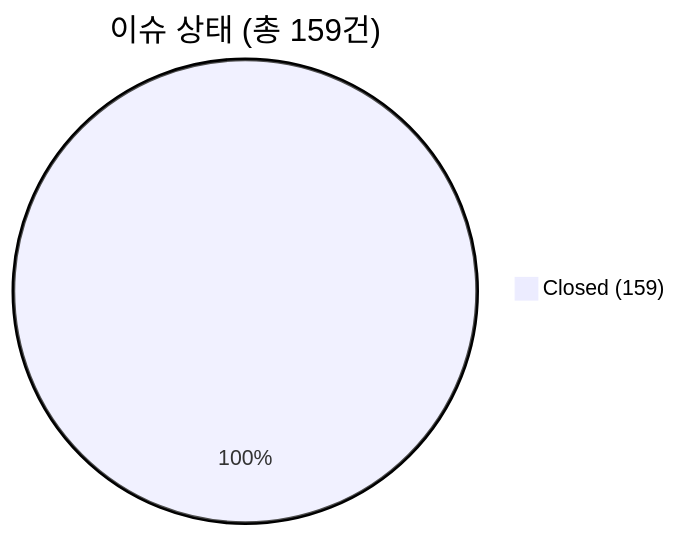
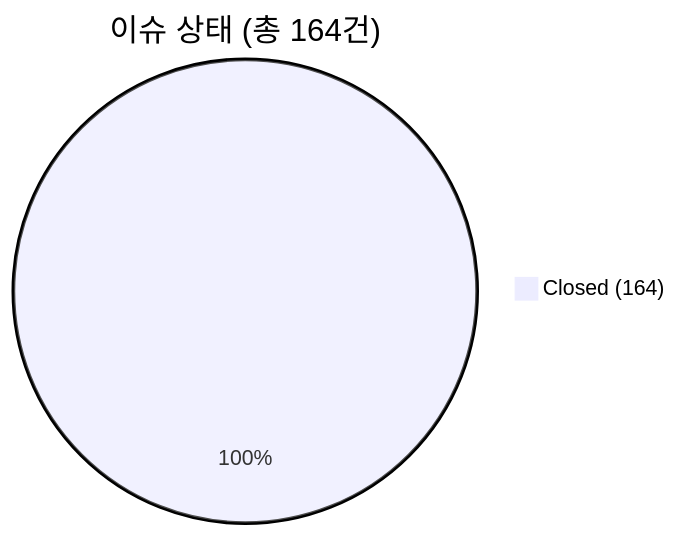
One commit to holee9/MD-process changed the first of 3 diagrams in README.md. Above: the diagram before and after it, drawn with Mermaid. The commit also changed other lines of this file, not shown here.

````diff
--- a/README.md
+++ b/README.md
@@ -131,4 +131,4 @@
 ```mermaid
-pie title 이슈 상태 (총 159건)
-    "Closed (159)" : 159
+pie title 이슈 상태 (총 164건)
+    "Closed (164)" : 164
 ```
````
